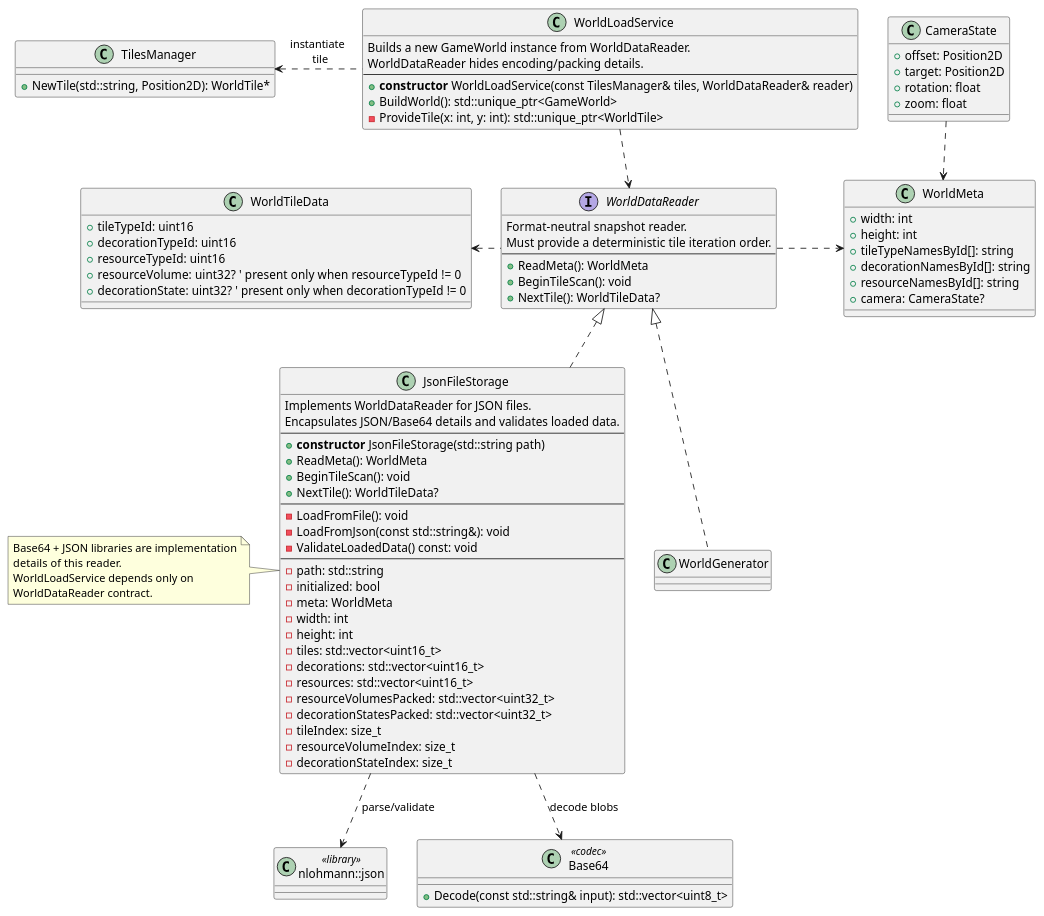
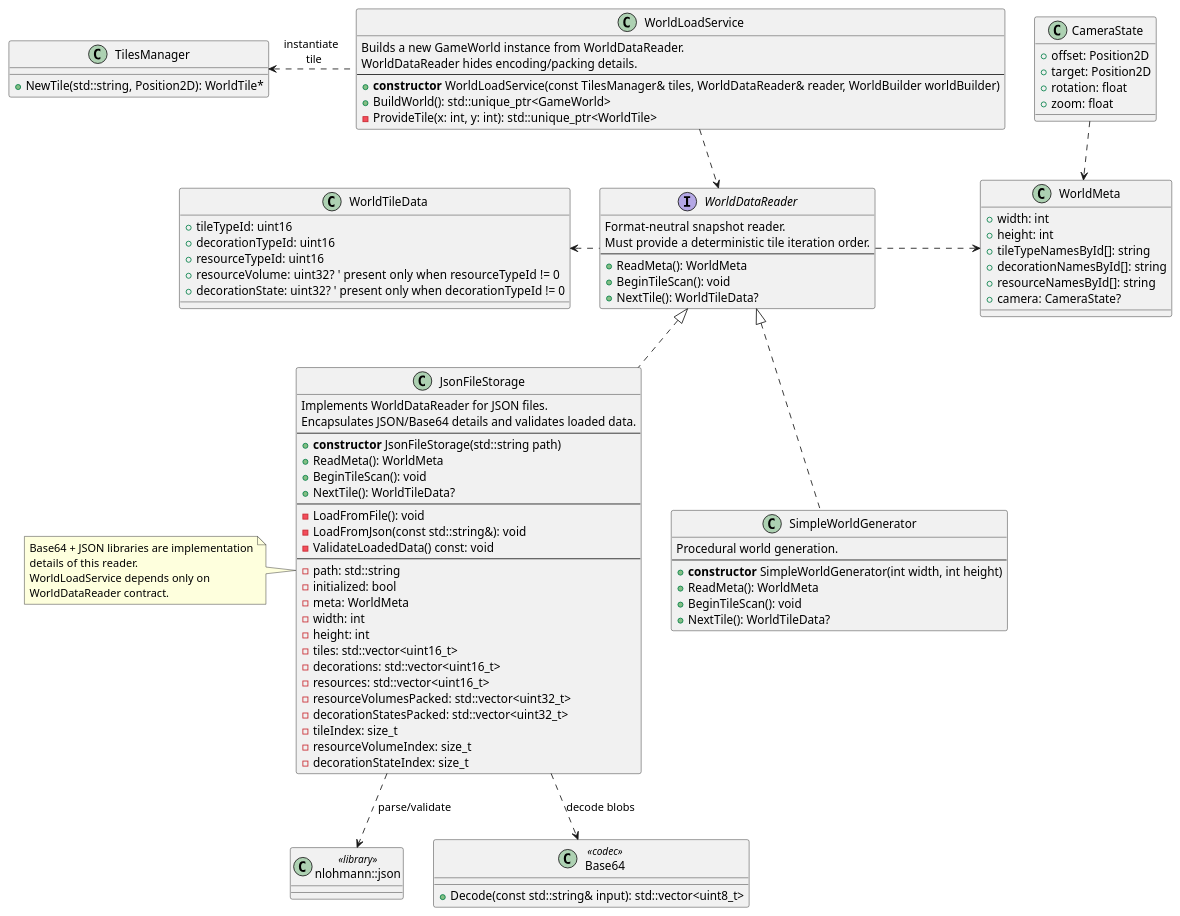
The third of 4 diagrams in raylib-my/docs/world_persistence_service.md (neverthedev/tile-game), drawn with PlantUML before and after one commit. The commit also changed other lines of this file and 13 other files, not shown here.

Commit message:
[Task-15] World Persistence Service and Simple World Generator

````diff
--- a/raylib-my/docs/world_persistence_service.md
+++ b/raylib-my/docs/world_persistence_service.md
@@ -215,7 +214,7 @@
   Builds a new GameWorld instance from WorldDataReader.
   WorldDataReader hides encoding/packing details.
   ----
-  + <b>constructor</b> WorldLoadService(const TilesManager& tiles, WorldDataReader& reader)
+  + <b>constructor</b> WorldLoadService(const TilesManager& tiles, WorldDataReader& reader, WorldBuilder worldBuilder)
   + BuildWorld(): std::unique_ptr<GameWorld>
   - ProvideTile(x: int, y: int): std::unique_ptr<WorldTile>
 }
@@ -307,8 +306,16 @@
   WorldDataReader contract.
 end note
 
-class WorldGenerator
-WorldDataReader <|.. WorldGenerator
+class SimpleWorldGenerator
+class SimpleWorldGenerator {
+  Procedural world generation.
+  ----
+  + <b>constructor</b> SimpleWorldGenerator(int width, int height)
+  + ReadMeta(): WorldMeta
+  + BeginTileScan(): void
+  + NextTile(): WorldTileData?
+}
+WorldDataReader <|.. SimpleWorldGenerator
 
 @enduml
 ```
````
